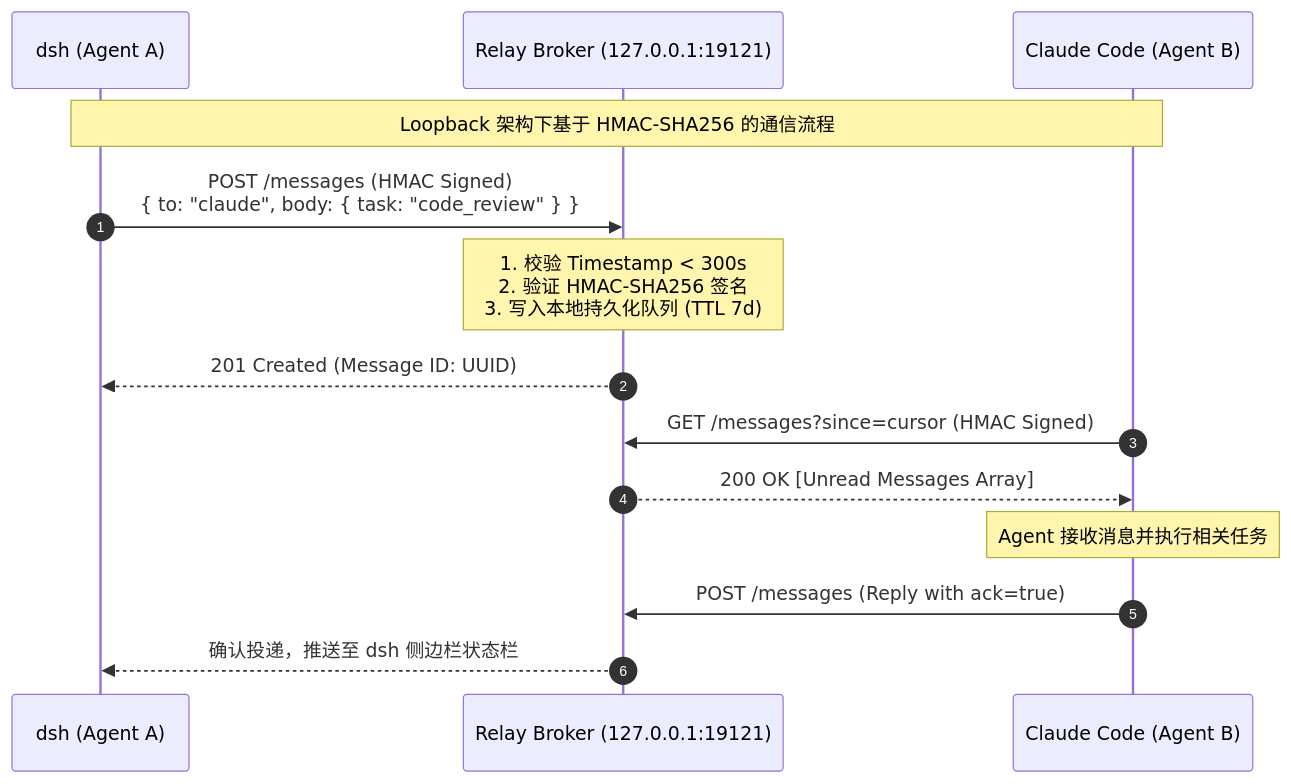
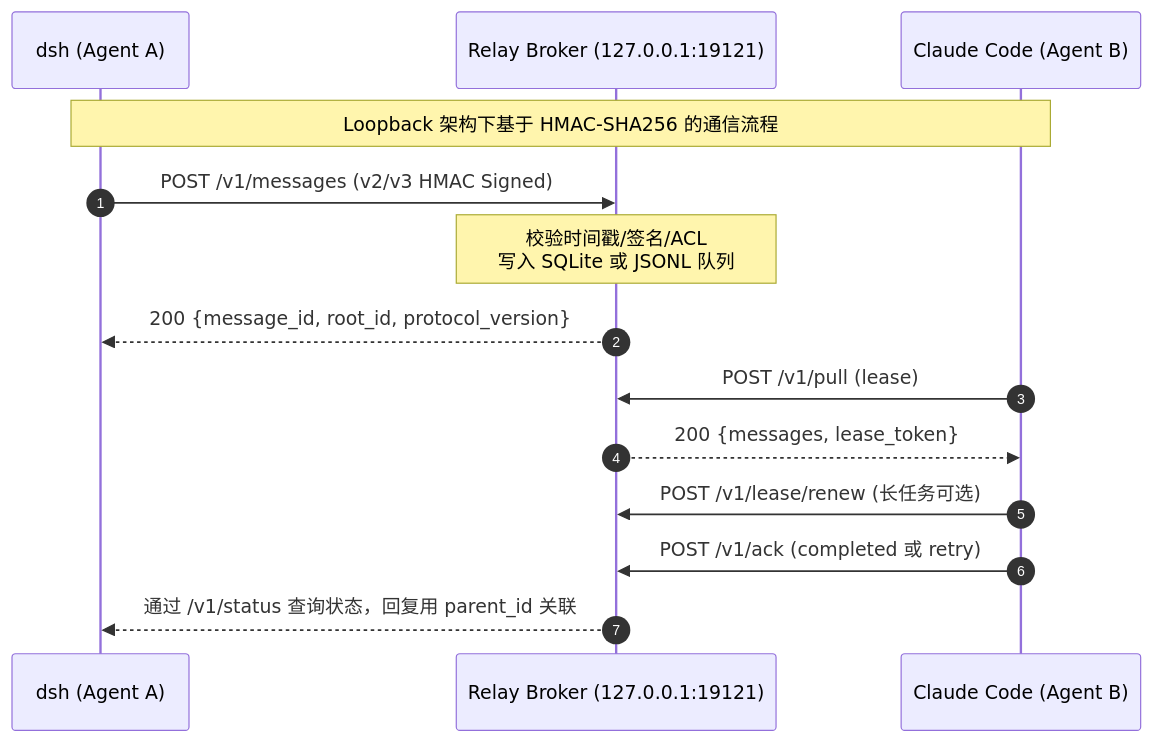
Before and after one commit to Noelune/dsh-agent-relay: the first of 2 diagrams in README.zh.md, drawn with Mermaid. The commit also changed other lines of this file and 10 other files, not shown here.

````diff
--- a/README.zh.md
+++ b/README.zh.md
@@ -59,18 +61,17 @@
 ```mermaid
 sequenceDiagram
     autonumber
     participant D as dsh (Agent A)
     participant B as Relay Broker (127.0.0.1:19121)
     participant C as Claude Code (Agent B)
 
     Note over D,C: Loopback 架构下基于 HMAC-SHA256 的通信流程
-    D->>B: POST /messages (HMAC Signed) <br> { to: "claude", body: { task: "code_review" } }
-    Note over B: 1. 校验 Timestamp < 300s<br>2. 验证 HMAC-SHA256 签名<br>3. 写入本地持久化队列 (TTL 7d)
-    B-->>D: 201 Created (Message ID: UUID)
-
-    C->>B: GET /messages?since=cursor (HMAC Signed)
-    B-->>C: 200 OK [Unread Messages Array]
-    Note over C: Agent 接收消息并执行相关任务
-    C->>B: POST /messages (Reply with ack=true)
-    B-->>D: 确认投递，推送至 dsh 侧边栏状态栏
+    D->>B: POST /v1/messages (v2/v3 HMAC Signed)
+    Note over B: 校验时间戳/签名/ACL<br/>写入 SQLite 或 JSONL 队列
+    B-->>D: 200 {message_id, root_id, protocol_version}
+    C->>B: POST /v1/pull (lease)
+    B-->>C: 200 {messages, lease_token}
+    C->>B: POST /v1/lease/renew (长任务可选)
+    C->>B: POST /v1/ack (completed 或 retry)
+    B-->>D: 通过 /v1/status 查询状态，回复用 parent_id 关联
 ```
````
